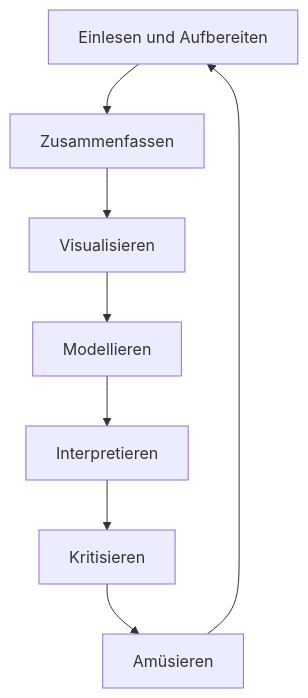
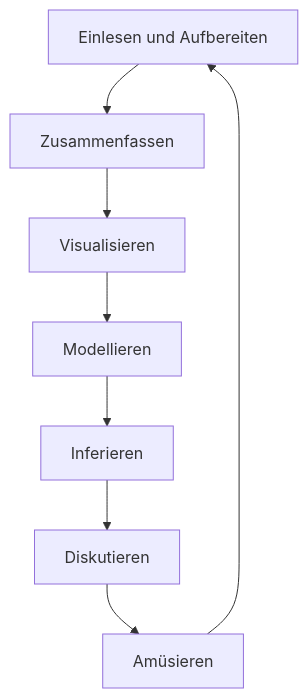
Before and after one commit to sebastiansauer/fopra: the first of 2 diagrams in 080-Auswerten.qmd, drawn with Mermaid. The commit also changed other lines of this file and 28 other files, not shown here.

````diff
--- a/080-Auswerten.qmd
+++ b/080-Auswerten.qmd
@@ -88,10 +88,10 @@
 ```{mermaid}
 flowchart TD
   A[Einlesen und Aufbereiten] --> Z[Zusammenfassen]
   Z --> V[Visualisieren]
   V --> M[Modellieren]
-  M --> I[Interpretieren]
-  I --> K[Kritisieren]
+  M --> I[Inferieren]
+  I --> K[Diskutieren]
   K --> Ü[Amüsieren]
   Ü --> A
 ```
````
